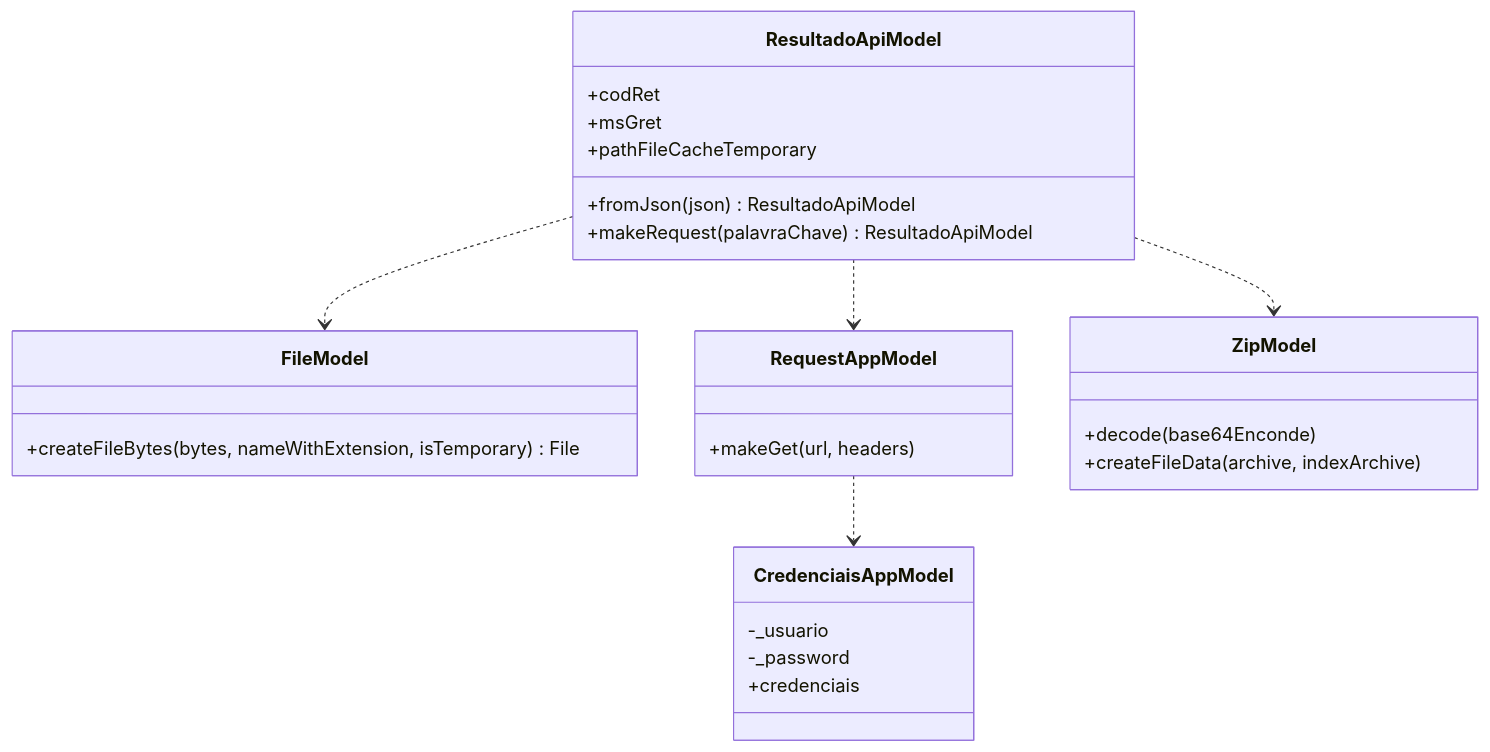
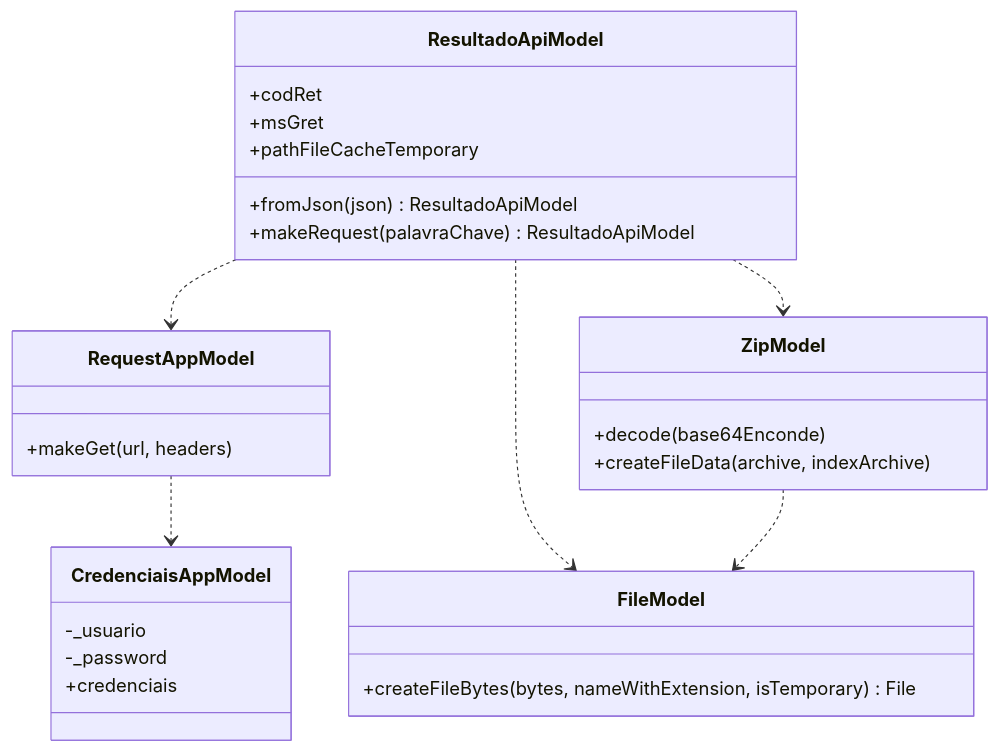
Before and after one commit to cecruzbrito/processo_seletivo_mtb: the diagram in README.md, drawn with Mermaid.

````diff
--- a/README.md
+++ b/README.md
@@ -33,30 +33,31 @@
 ```mermaid
 classDiagram
   class CredenciaisAppModel
   CredenciaisAppModel: -_usuario
   CredenciaisAppModel: -_password
   CredenciaisAppModel: +credenciais
   
   class FileModel
   FileModel: +createFileBytes(bytes, nameWithExtension, isTemporary) File
   
   class ResultadoApiModel
   ResultadoApiModel: +codRet
   ResultadoApiModel: +msGret
   ResultadoApiModel: +pathFileCacheTemporary
   ResultadoApiModel: +fromJson(json) ResultadoApiModel
   ResultadoApiModel: +makeRequest(palavraChave) ResultadoApiModel
   
   class RequestAppModel
   RequestAppModel: +makeGet(url, headers)
   
   class ZipModel
   ZipModel: +decode(base64Enconde)
   ZipModel: +createFileData(archive, indexArchive) 
   
   ResultadoApiModel ..> RequestAppModel
   RequestAppModel ..> CredenciaisAppModel
   ResultadoApiModel ..> ZipModel
   ResultadoApiModel ..> FileModel
+  ZipModel ..> FileModel
   
 ```
````
